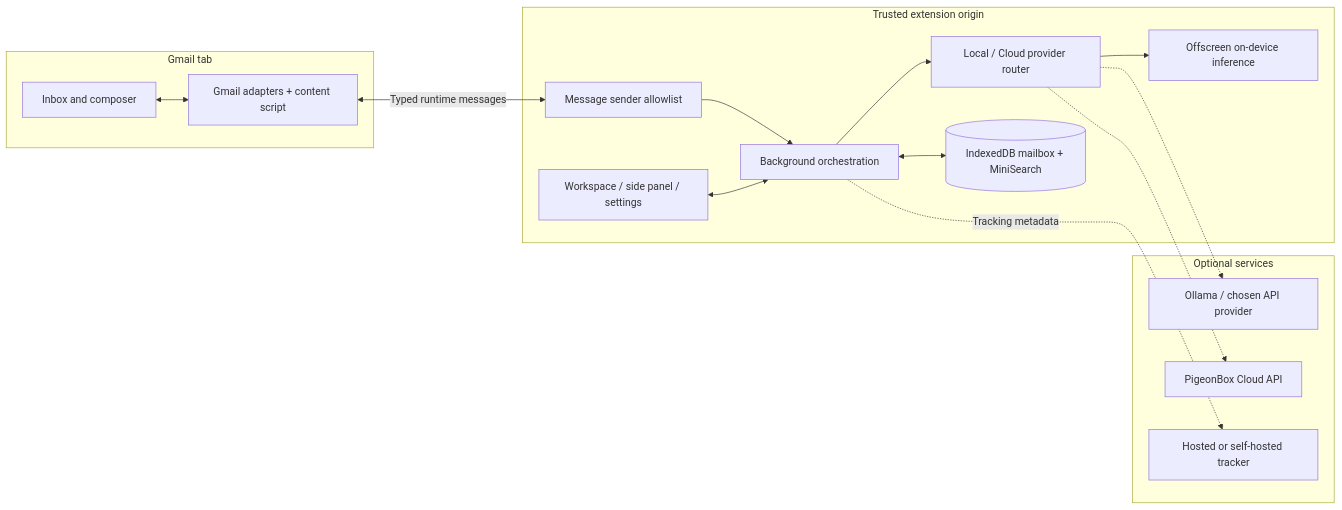
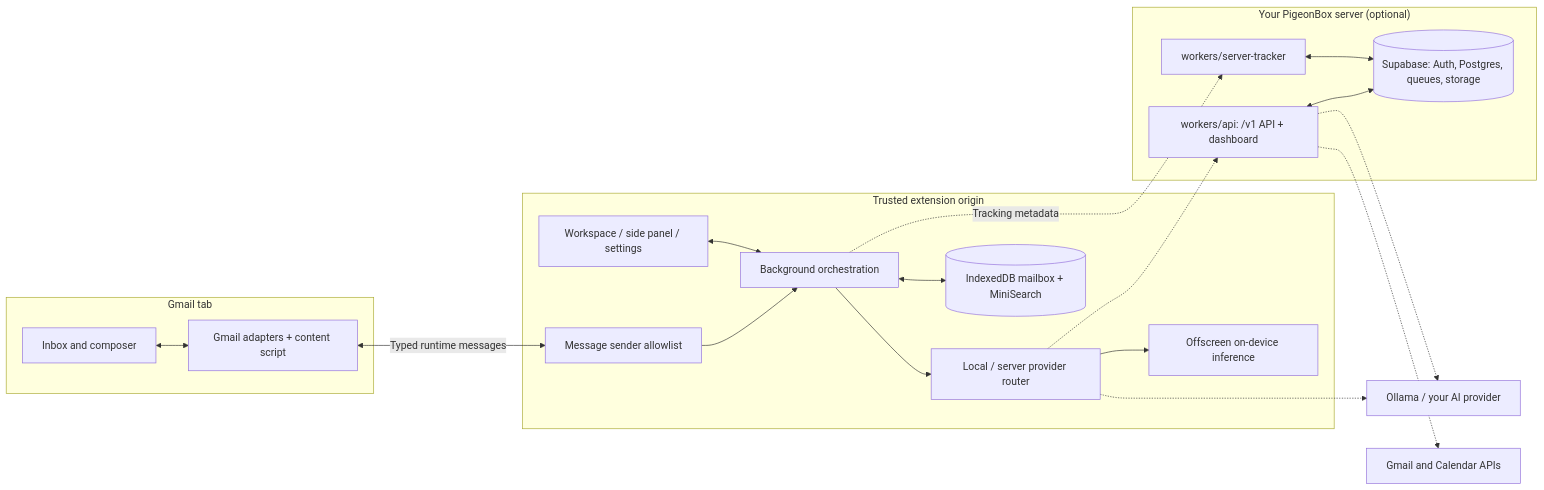
The diagram in data/readmes/aiden-guan__pigeonbox.md (zqf20096327/ai_collect), drawn with Mermaid before and after one commit. The commit also changed other lines of this file and 1880 other files, not shown here.

````diff
--- a/data/readmes/aiden-guan__pigeonbox.md
+++ b/data/readmes/aiden-guan__pigeonbox.md
@@ -101,30 +108,36 @@
 ```mermaid
 flowchart LR
     subgraph Gmail["Gmail tab"]
         DOM["Inbox and composer"]
         Adapter["Gmail adapters + content script"]
         DOM <--> Adapter
     end
     subgraph Extension["Trusted extension origin"]
         UI["Workspace / side panel / settings"]
         Gateway["Message sender allowlist"]
         Worker["Background orchestration"]
-        Router["Local / Cloud provider router"]
+        Router["Local / server provider router"]
         Model["Offscreen on-device inference"]
         Store[("IndexedDB mailbox + MiniSearch")]
         Gateway --> Worker
         UI <--> Worker
         Worker <--> Store
         Worker --> Router
         Router --> Model
     end
-    subgraph Optional["Optional services"]
-        Provider["Ollama / chosen API provider"]
-        Cloud["PigeonBox Cloud API"]
-        Tracker["Hosted or self-hosted tracker"]
+    subgraph Server["Your PigeonBox server (optional)"]
+        API["workers/api: /v1 API + dashboard"]
+        Tracker["workers/server-tracker"]
+        DB[("Supabase: Auth, Postgres, queues, storage")]
+        API <--> DB
+        Tracker <--> DB
     end
+    Provider["Ollama / your AI provider"]
+    Google["Gmail and Calendar APIs"]
     Adapter <-->|"Typed runtime messages"| Gateway
     Router -.-> Provider
-    Router -.-> Cloud
+    Router -.-> API
     Worker -.->|"Tracking metadata"| Tracker
+    API -.-> Provider
+    API -.-> Google
 ```
````
